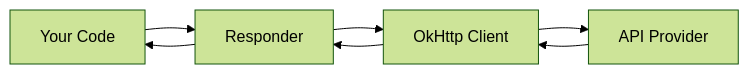
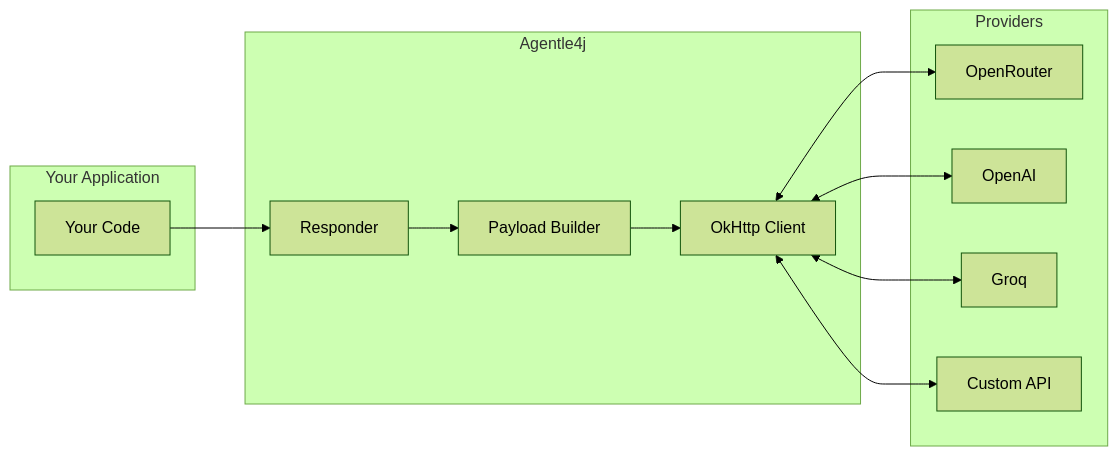
The diagram in docs/guides/responder.md (paragon-intelligence/agentle4j), drawn with Mermaid (forest theme) before and after one commit. The commit also changed other lines of this file and 3 other files, not shown here.

````diff
--- a/docs/guides/responder.md
+++ b/docs/guides/responder.md
@@ -7,9 +9,25 @@
 ```mermaid
 flowchart LR
-    A[Your Code] --> B[Responder]
-    B --> C[OkHttp Client]
-    C --> D[API Provider]
-    D --> C
-    C --> B
-    B --> A
+    subgraph Your Application
+        A[Your Code]
+    end
+    
+    subgraph Agentle4j
+        B[Responder]
+        C[Payload Builder]
+        D[OkHttp Client]
+    end
+    
+    subgraph Providers
+        E[OpenRouter]
+        F[OpenAI]
+        G[Groq]
+        H[Custom API]
+    end
+    
+    A --> B --> C --> D
+    D <--> E
+    D <--> F
+    D <--> G
+    D <--> H
 ```
````
